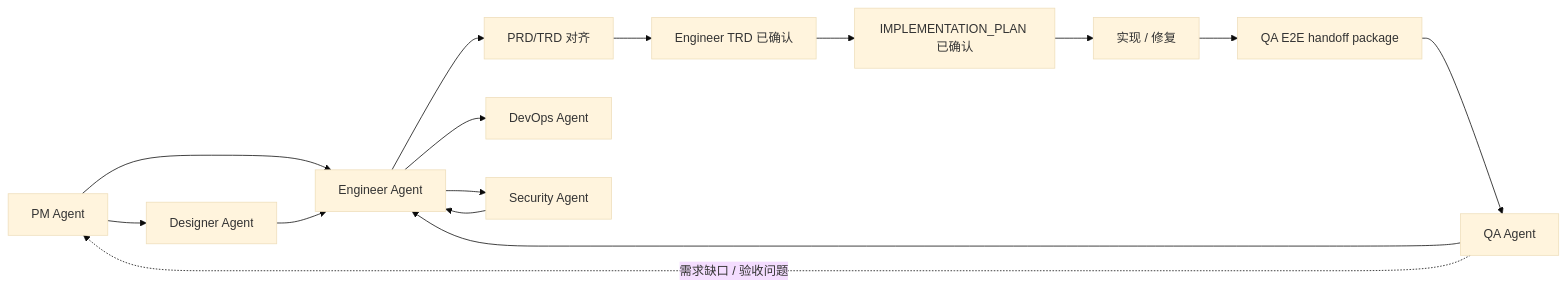
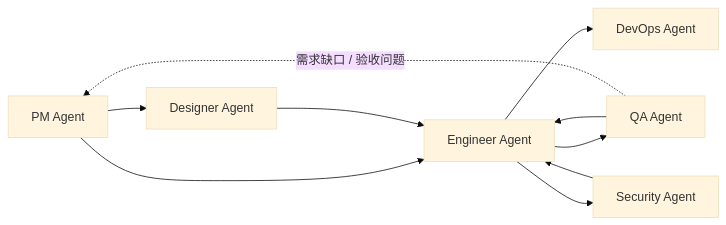
One commit to Neplich/dev-agent-skills changed the first of 2 diagrams in README_zh.md. Above: the diagram before and after it, drawn with Mermaid (base theme). The commit also changed other lines of this file and 4 other files, not shown here.

````diff
--- a/README_zh.md
+++ b/README_zh.md
@@ -52,17 +52,12 @@
 ```mermaid
 flowchart LR
     PM["PM Agent"] --> Designer["Designer Agent"]
     PM --> Engineer["Engineer Agent"]
     Designer --> Engineer
-    Engineer --> Align["PRD/TRD 对齐"]
-    Align --> TRD["Engineer TRD 已确认"]
-    TRD --> Plan["IMPLEMENTATION_PLAN 已确认"]
-    Plan --> Impl["实现 / 修复"]
-    Impl --> QAHandOff["QA E2E handoff package"]
-    QAHandOff --> QA["QA Agent"]
+    Engineer --> QA["QA Agent"]
     QA --> Engineer
     QA -. "需求缺口 / 验收问题" .-> PM
     Engineer --> DevOps["DevOps Agent"]
     Engineer --> Security["Security Agent"]
     Security --> Engineer
 ```
````
